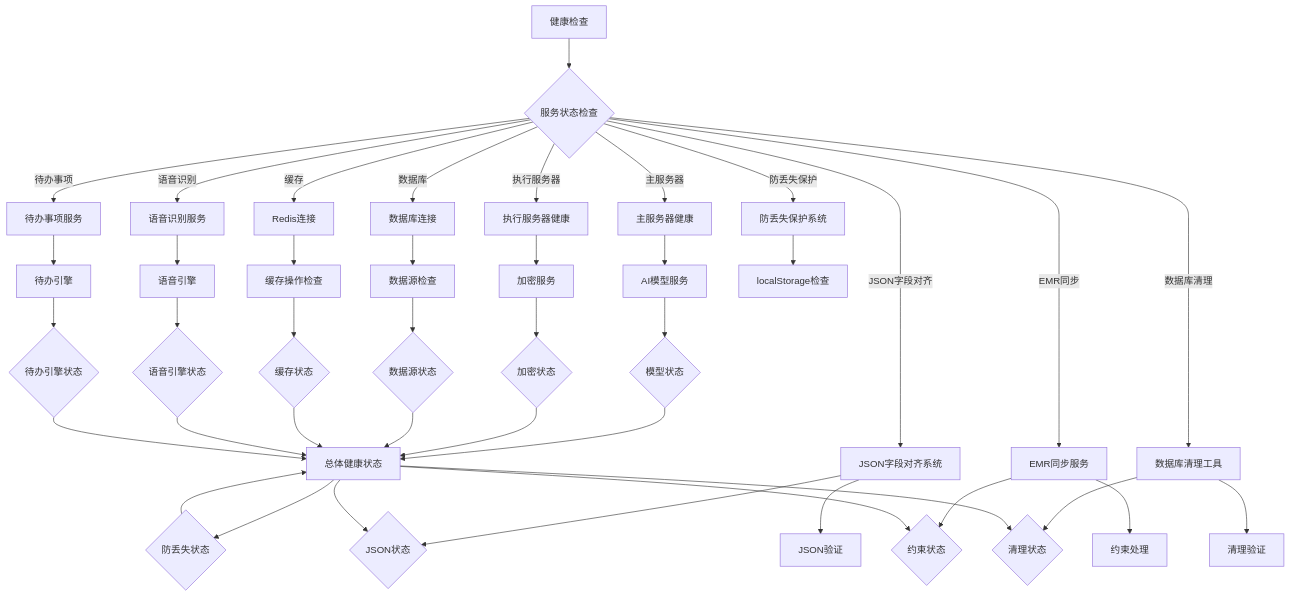
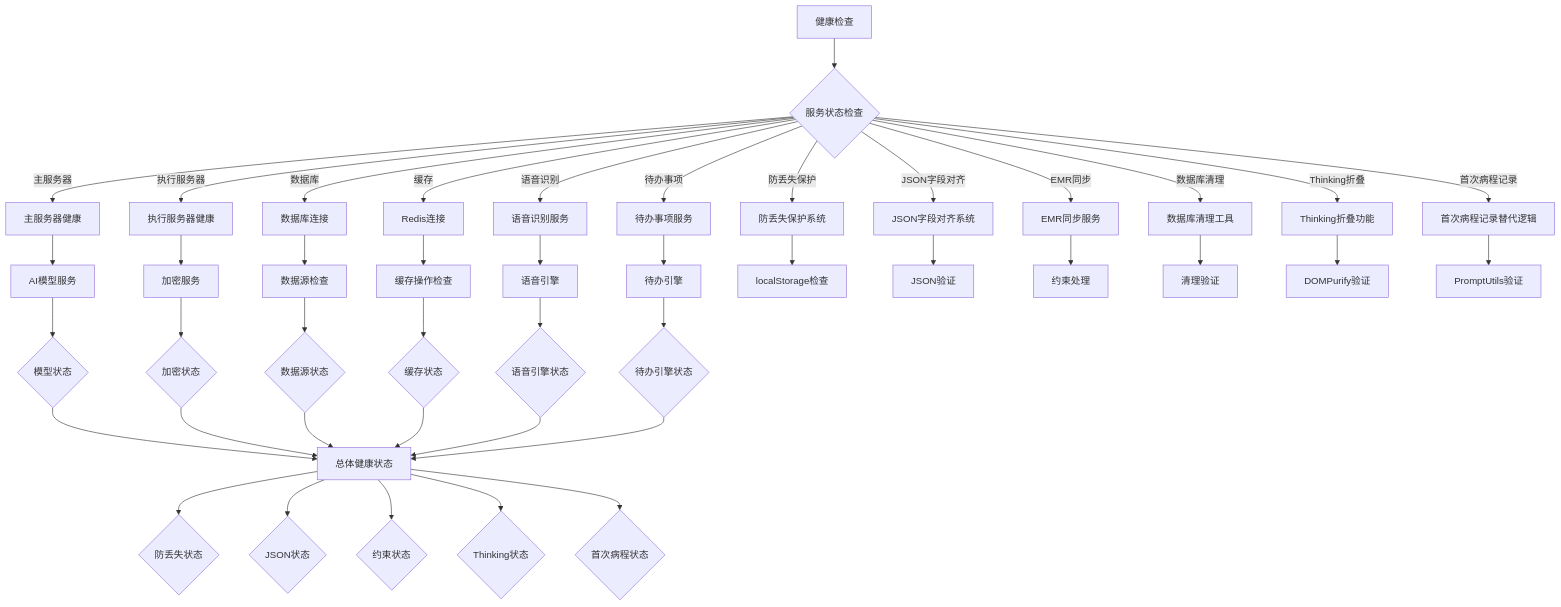
Diagram 17 of 20 in .qoder/repowiki/zh/content/Medical Record Operation Guide.md (liuzh2008/med_ai_assistant_workspace), drawn with Mermaid before and after one commit. The commit also changed other lines of this file and 9 other files, not shown here.

````diff
--- a/.qoder/repowiki/zh/content/Medical Record Operation Guide.md
+++ b/.qoder/repowiki/zh/content/Medical Record Operation Guide.md
@@ -1339,44 +1441,45 @@
 ```mermaid
 flowchart TD
 HealthCheck[健康检查] --> ServiceCheck{服务状态检查}
 ServiceCheck --> |主服务器| MainServer[主服务器健康]
 ServiceCheck --> |执行服务器| ExecServer[执行服务器健康]
 ServiceCheck --> |数据库| Database[数据库连接]
 ServiceCheck --> |缓存| Cache[Redis连接]
 ServiceCheck --> |语音识别| VoiceService[语音识别服务]
 ServiceCheck --> |待办事项| TodoService[待办事项服务]
 ServiceCheck --> |防丢失保护| DraftProtection[防丢失保护系统]
 ServiceCheck --> |JSON字段对齐| FieldAlignment[JSON字段对齐系统]
 ServiceCheck --> |EMR同步| EmrSync[EMR同步服务]
 ServiceCheck --> |数据库清理| DatabaseCleanup[数据库清理工具]
+ServiceCheck --> |Thinking折叠| ThinkingFold[Thinking折叠功能]
+ServiceCheck --> |首次病程记录| FirstCourseSubstitute[首次病程记录替代逻辑]
 MainServer --> AIService[AI模型服务]
 ExecServer --> Encryption[加密服务]
 Database --> DataSources[数据源检查]
 Cache --> CacheOps[缓存操作检查]
 VoiceService --> VoiceEngine[语音引擎]
 TodoService --> TodoEngine[待办引擎]
 DraftProtection --> LocalStorage[localStorage检查]
 FieldAlignment --> JSONValidation[JSON验证]
 EmrSync --> ConstraintHandling[约束处理]
 DatabaseCleanup --> CleanupValidation[清理验证]
+ThinkingFold --> DOMPurifyValidation[DOMPurify验证]
+FirstCourseSubstitute --> PromptUtilsValidation[PromptUtils验证]
 AIService --> ModelStatus{模型状态}
 Encryption --> EncStatus{加密状态}
 DataSources --> DSStatus{数据源状态}
 CacheOps --> COStatus{缓存状态}
 VoiceEngine --> VEStatus{语音引擎状态}
 TodoEngine --> TEStatus{待办引擎状态}
 ModelStatus --> OverallStatus[总体健康状态]
 EncStatus --> OverallStatus
 DSStatus --> OverallStatus
 COStatus --> OverallStatus
 VEStatus --> OverallStatus
 TEStatus --> OverallStatus
 OverallStatus --> DraftStatus{防丢失状态}
-DraftStatus --> OverallStatus
-FieldAlignment --> JSONStatus{JSON状态}
-OverallStatus --> JSONStatus
-EmrSync --> ConstraintStatus{约束状态}
-OverallStatus --> ConstraintStatus
-DatabaseCleanup --> CleanupStatus{清理状态}
-OverallStatus --> CleanupStatus
+OverallStatus --> JSONStatus{JSON状态}
+OverallStatus --> ConstraintStatus{约束状态}
+OverallStatus --> ThinkingStatus{Thinking状态}
+OverallStatus --> FirstCourseStatus{首次病程状态}
 ```
````
